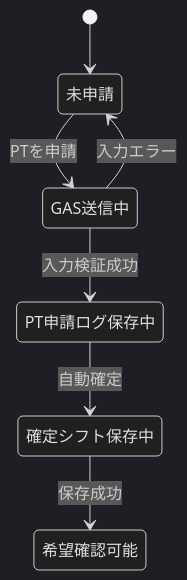
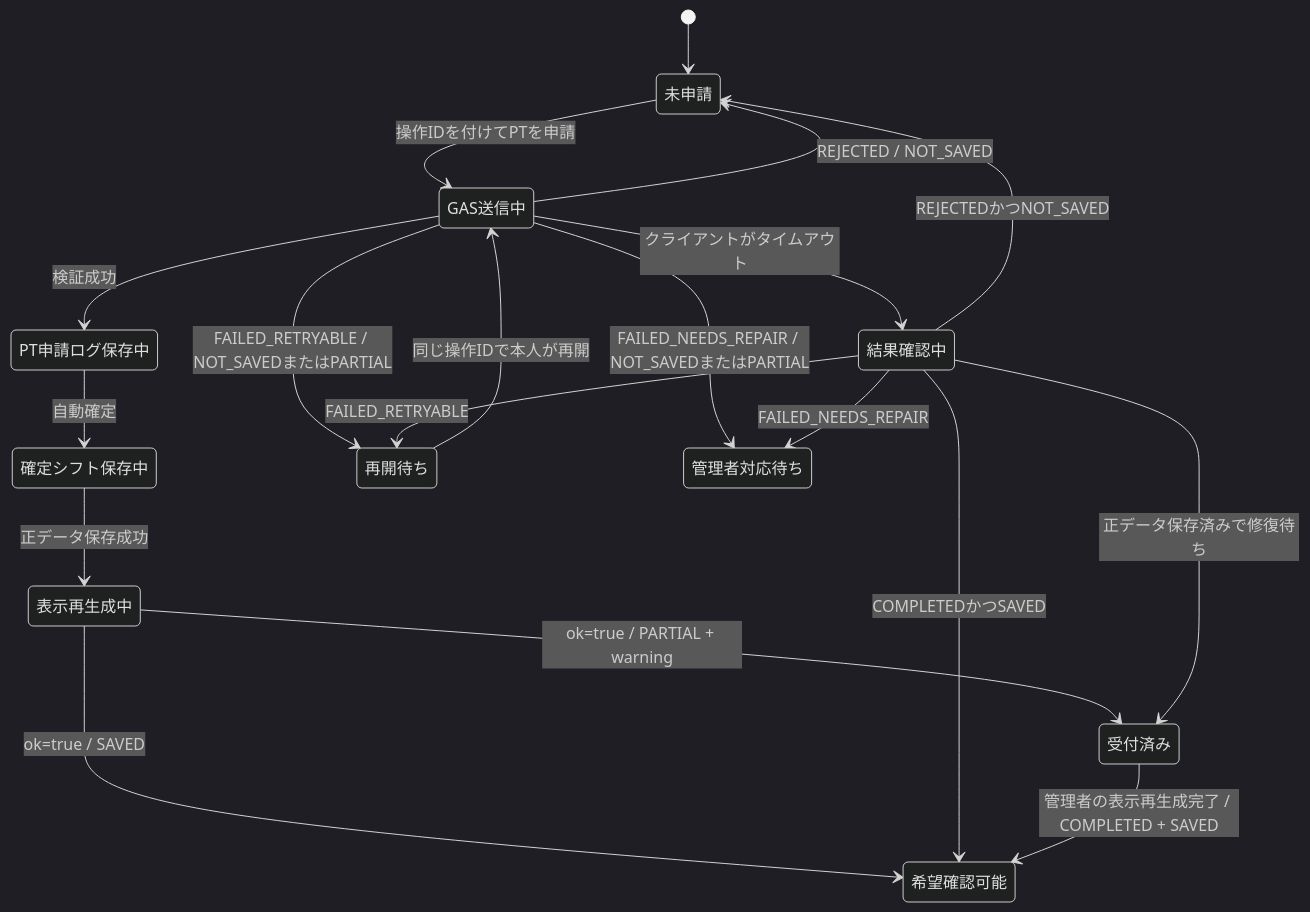
The third of 9 diagrams in .docx/Design.md (OgawaTatsukicreator/shift-submission), drawn with Mermaid (dark theme) before and after one commit. The commit also changed other lines of this file and 1 other file, not shown here.

````diff
--- a/.docx/Design.md
+++ b/.docx/Design.md
@@ -306,9 +598,21 @@
 ```mermaid
 stateDiagram-v2
   [*] --> 未申請
-  未申請 --> GAS送信中: PTを申請
-  GAS送信中 --> PT申請ログ保存中: 入力検証成功
+  未申請 --> GAS送信中: 操作IDを付けてPTを申請
+  GAS送信中 --> PT申請ログ保存中: 検証成功
   PT申請ログ保存中 --> 確定シフト保存中: 自動確定
-  確定シフト保存中 --> 希望確認可能: 保存成功
-  GAS送信中 --> 未申請: 入力エラー
+  確定シフト保存中 --> 表示再生成中: 正データ保存成功
+  表示再生成中 --> 希望確認可能: ok=true / SAVED
+  表示再生成中 --> 受付済み: ok=true / PARTIAL + warning
+  GAS送信中 --> 未申請: REJECTED / NOT_SAVED
+  GAS送信中 --> 再開待ち: FAILED_RETRYABLE / NOT_SAVEDまたはPARTIAL
+  GAS送信中 --> 管理者対応待ち: FAILED_NEEDS_REPAIR / NOT_SAVEDまたはPARTIAL
+  GAS送信中 --> 結果確認中: クライアントがタイムアウト
+  結果確認中 --> 希望確認可能: COMPLETEDかつSAVED
+  結果確認中 --> 受付済み: 正データ保存済みで修復待ち
+  結果確認中 --> 未申請: REJECTEDかつNOT_SAVED
+  結果確認中 --> 再開待ち: FAILED_RETRYABLE
+  結果確認中 --> 管理者対応待ち: FAILED_NEEDS_REPAIR
+  再開待ち --> GAS送信中: 同じ操作IDで本人が再開
+  受付済み --> 希望確認可能: 管理者の表示再生成完了 / COMPLETED + SAVED
 ```
````
